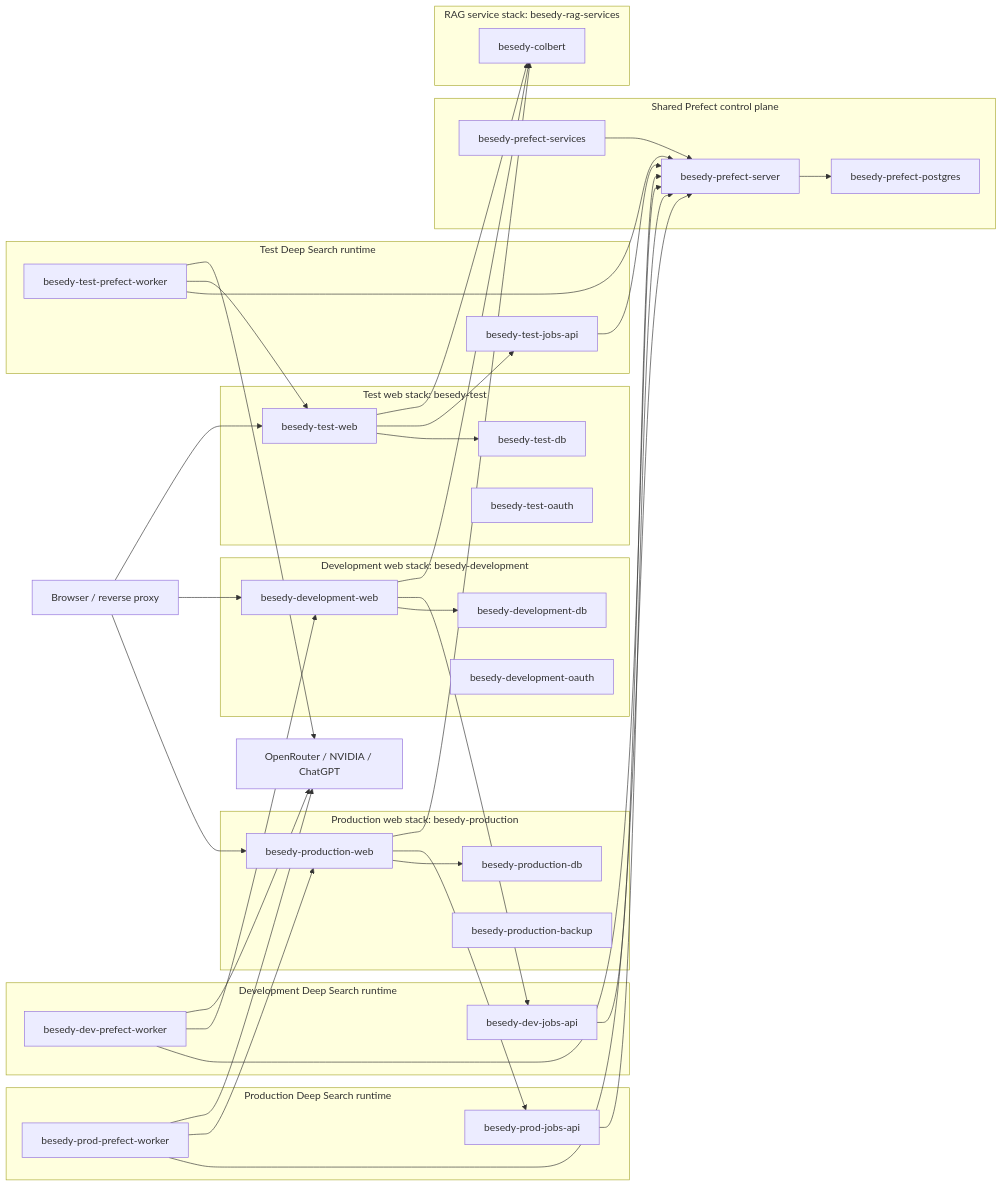
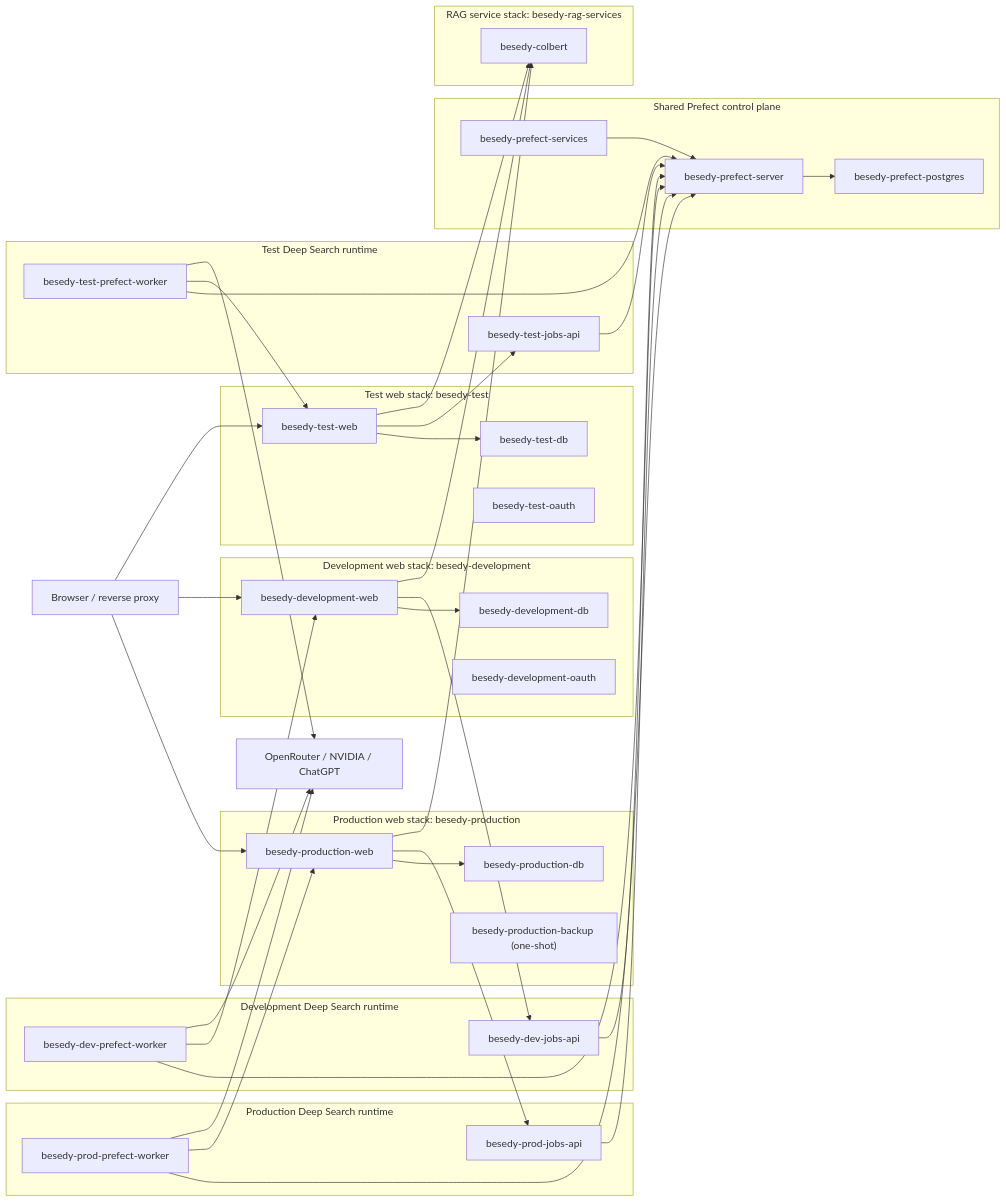
The diagram in docs/web/docker-container-topology.md (lukleh/besedy), drawn with Mermaid before and after one commit. The commit also changed other lines of this file and 17 other files, not shown here.

````diff
--- a/docs/web/docker-container-topology.md
+++ b/docs/web/docker-container-topology.md
@@ -13,79 +13,79 @@
 ```mermaid
 flowchart LR
   Browser[Browser / reverse proxy]
 
   subgraph ProdWeb["Production web stack: besedy-production"]
     ProdWebApp[besedy-production-web]
     ProdDb[besedy-production-db]
-    ProdBackup[besedy-production-backup]
+    ProdBackup["besedy-production-backup (one-shot)"]
   end
 
   subgraph DevWeb["Development web stack: besedy-development"]
     DevWebApp[besedy-development-web]
     DevDb[besedy-development-db]
     DevOauth[besedy-development-oauth]
   end
 
   subgraph TestWeb["Test web stack: besedy-test"]
     TestWebApp[besedy-test-web]
     TestDb[besedy-test-db]
     TestOauth[besedy-test-oauth]
   end
 
   subgraph ProdJobs["Production Deep Search runtime"]
     ProdJobsApi[besedy-prod-jobs-api]
     ProdWorker[besedy-prod-prefect-worker]
   end
 
   subgraph DevJobs["Development Deep Search runtime"]
     DevJobsApi[besedy-dev-jobs-api]
     DevWorker[besedy-dev-prefect-worker]
   end
 
   subgraph TestJobs["Test Deep Search runtime"]
     TestJobsApi[besedy-test-jobs-api]
     TestWorker[besedy-test-prefect-worker]
   end
 
   subgraph SharedPrefect["Shared Prefect control plane"]
     Prefect[besedy-prefect-server]
     Services[besedy-prefect-services]
     PrefectDb[besedy-prefect-postgres]
   end
 
   subgraph Rag["RAG service stack: besedy-rag-services"]
     Colbert[besedy-colbert]
   end
 
   Providers[OpenRouter / NVIDIA / ChatGPT]
 
   Browser --> ProdWebApp
   Browser --> DevWebApp
   Browser --> TestWebApp
 
   ProdWebApp --> ProdDb
   DevWebApp --> DevDb
   TestWebApp --> TestDb
 
   ProdWebApp --> ProdJobsApi
   DevWebApp --> DevJobsApi
   TestWebApp --> TestJobsApi
   ProdJobsApi --> Prefect
   DevJobsApi --> Prefect
   TestJobsApi --> Prefect
   Prefect --> PrefectDb
   Services --> Prefect
   ProdWorker --> Prefect
   DevWorker --> Prefect
   TestWorker --> Prefect
   ProdWorker --> ProdWebApp
   DevWorker --> DevWebApp
   TestWorker --> TestWebApp
   ProdWorker --> Providers
   DevWorker --> Providers
   TestWorker --> Providers
 
   ProdWebApp --> Colbert
   DevWebApp --> Colbert
   TestWebApp --> Colbert
 ```
````
